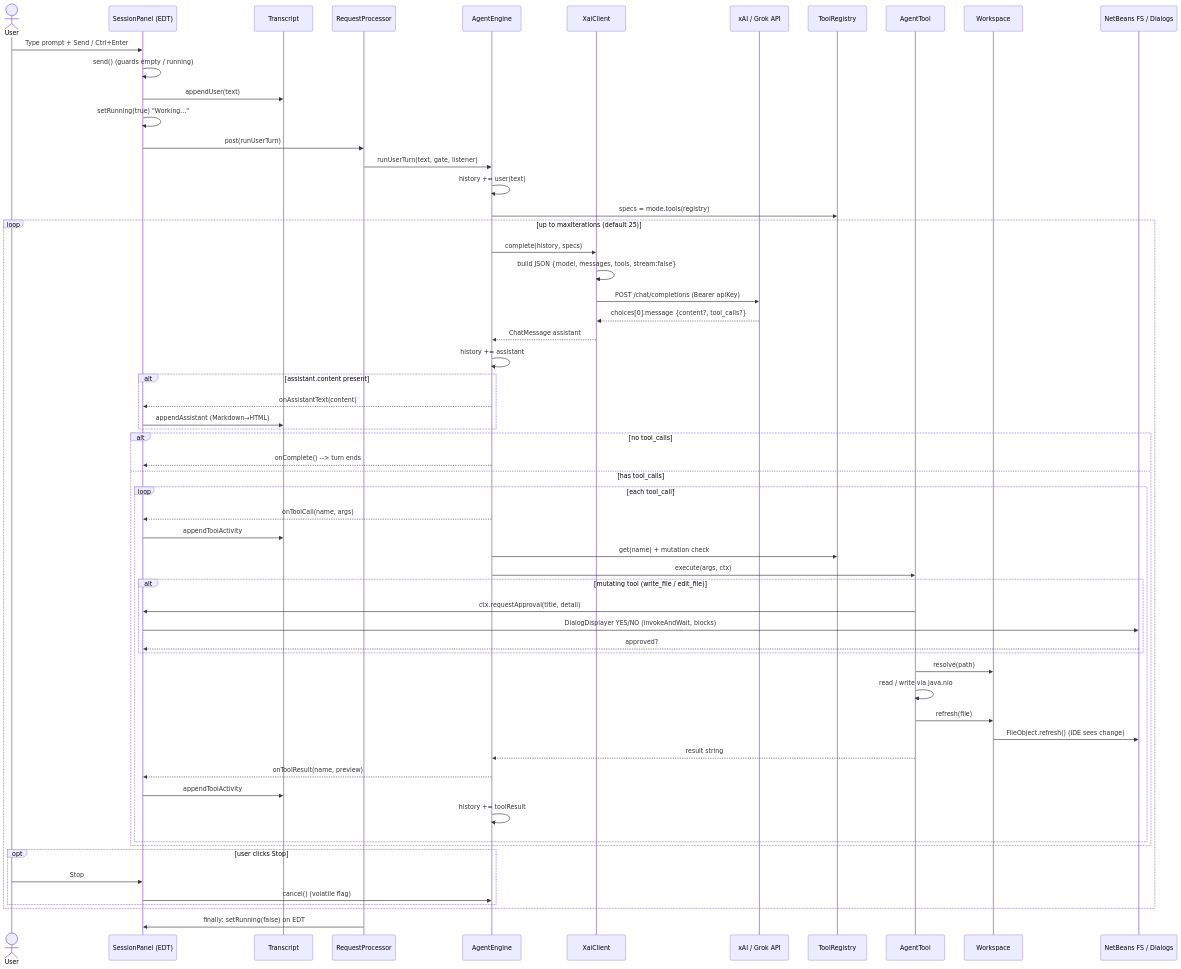
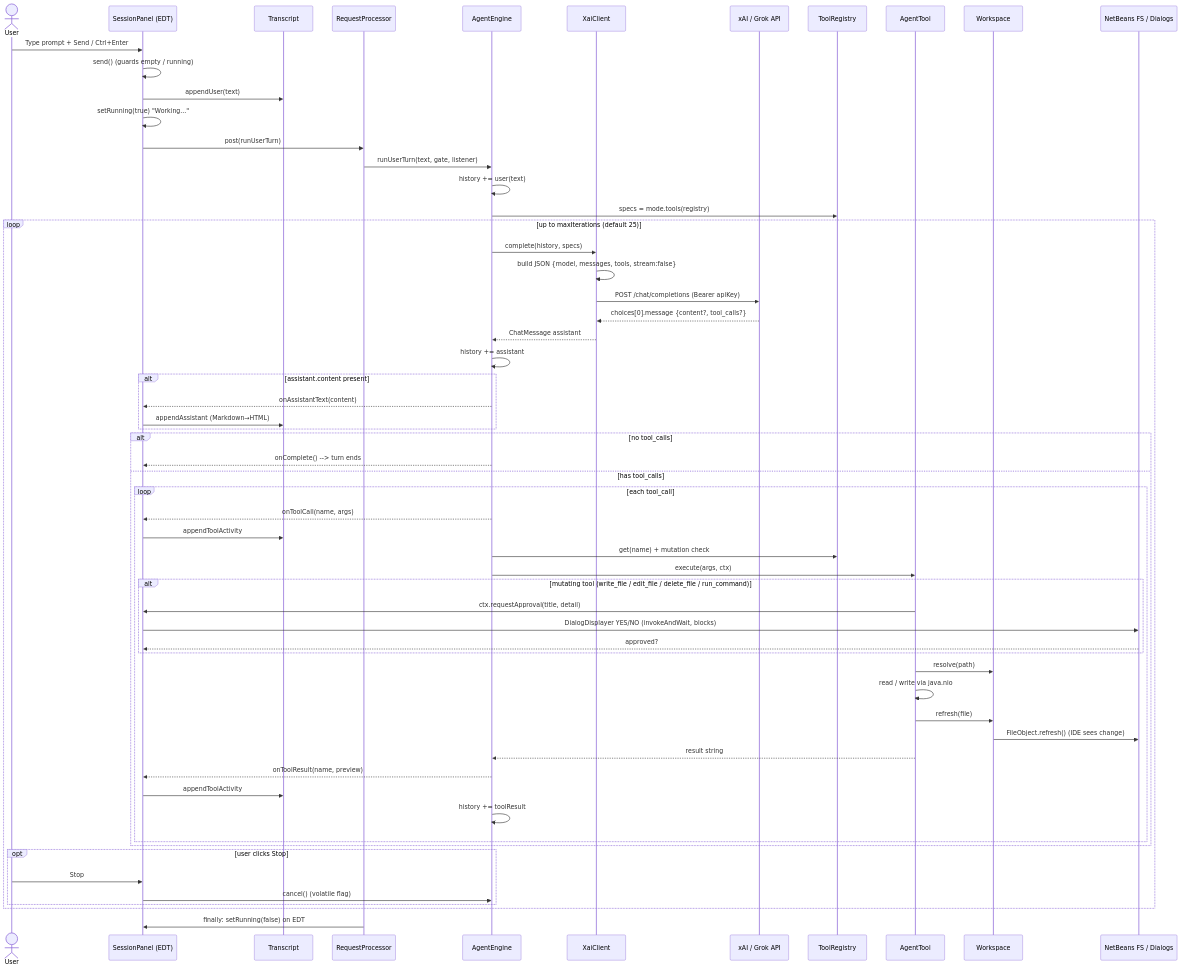
The diagram in ARCHITECTURE.md (quantrpeter/xai-netbeans), drawn with Mermaid before and after one commit. The commit also changed other lines of this file and 12 other files, not shown here.

````diff
--- a/ARCHITECTURE.md
+++ b/ARCHITECTURE.md
@@ -285,69 +290,69 @@
 ```mermaid
 sequenceDiagram
     actor User
     participant SP as SessionPanel (EDT)
     participant TR as Transcript
     participant RP as RequestProcessor
     participant AE as AgentEngine
     participant XC as XaiClient
     participant API as xAI / Grok API
     participant REG as ToolRegistry
     participant T as AgentTool
     participant WS as Workspace
     participant NB as NetBeans FS / Dialogs
 
     User->>SP: Type prompt + Send / Ctrl+Enter
     SP->>SP: send() (guards empty / running)
     SP->>TR: appendUser(text)
     SP->>SP: setRunning(true) "Working..."
     SP->>RP: post(runUserTurn)
 
     RP->>AE: runUserTurn(text, gate, listener)
     AE->>AE: history += user(text)
     AE->>REG: specs = mode.tools(registry)
 
     loop up to maxIterations (default 25)
         AE->>XC: complete(history, specs)
         XC->>XC: build JSON {model, messages, tools, stream:false}
         XC->>API: POST /chat/completions  (Bearer apiKey)
         API-->>XC: choices[0].message {content?, tool_calls?}
         XC-->>AE: ChatMessage assistant
         AE->>AE: history += assistant
 
         alt assistant.content present
             AE-->>SP: onAssistantText(content)
             SP->>TR: appendAssistant (Markdown→HTML)
         end
 
         alt no tool_calls
             AE-->>SP: onComplete()  --> turn ends
         else has tool_calls
             loop each tool_call
                 AE-->>SP: onToolCall(name, args)
                 SP->>TR: appendToolActivity
                 AE->>REG: get(name) + mutation check
                 AE->>T: execute(args, ctx)
-                alt mutating tool (write_file / edit_file)
+                alt mutating tool (write_file / edit_file / delete_file / run_command)
                     T->>SP: ctx.requestApproval(title, detail)
                     SP->>NB: DialogDisplayer YES/NO (invokeAndWait, blocks)
                     NB-->>SP: approved?
                 end
                 T->>WS: resolve(path)
                 T->>T: read / write via java.nio
                 T->>WS: refresh(file)
                 WS->>NB: FileObject.refresh()  (IDE sees change)
                 T-->>AE: result string
                 AE-->>SP: onToolResult(name, preview)
                 SP->>TR: appendToolActivity
                 AE->>AE: history += toolResult
             end
         end
 
         opt user clicks Stop
             User->>SP: Stop
             SP->>AE: cancel() (volatile flag)
         end
     end
 
     RP->>SP: finally: setRunning(false) on EDT
 ```
````
